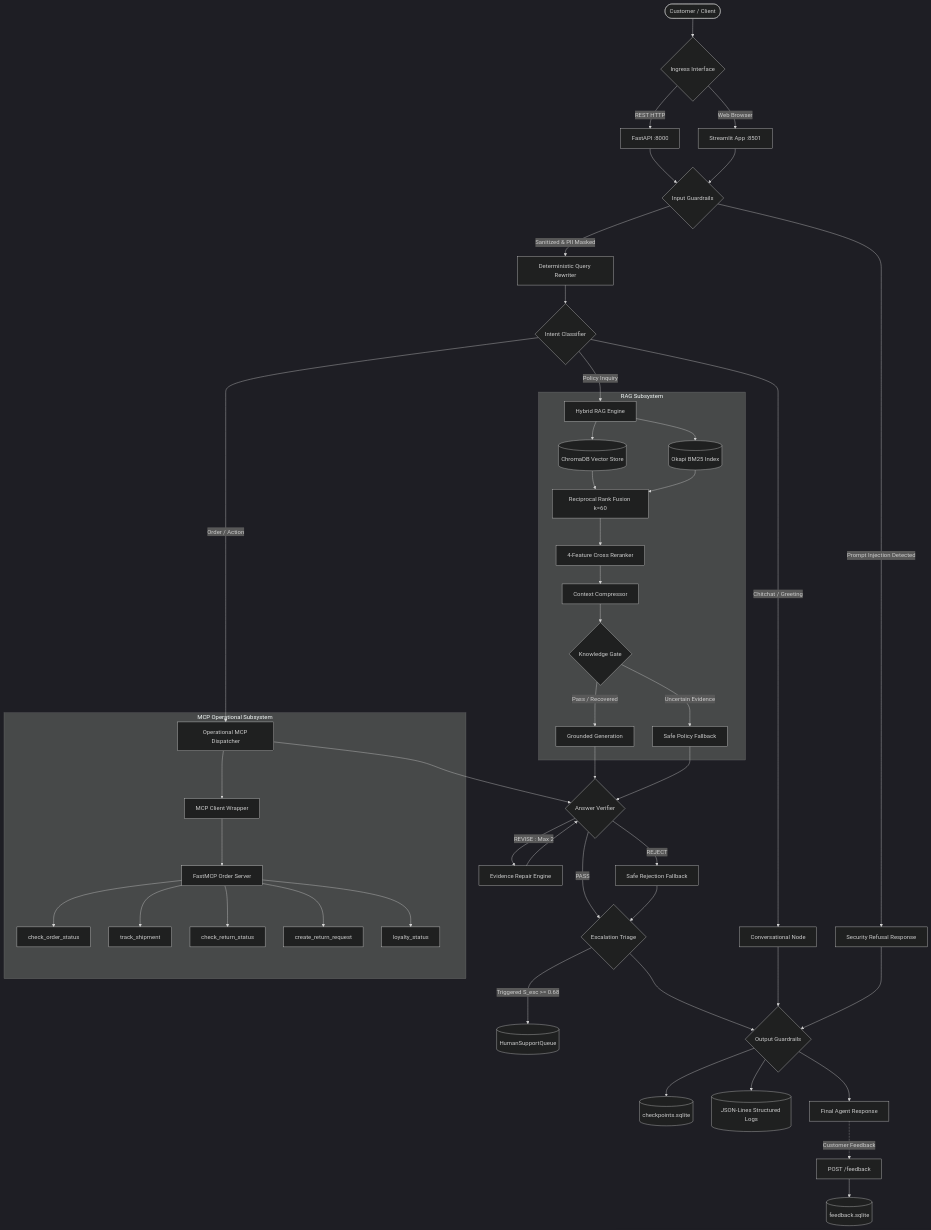
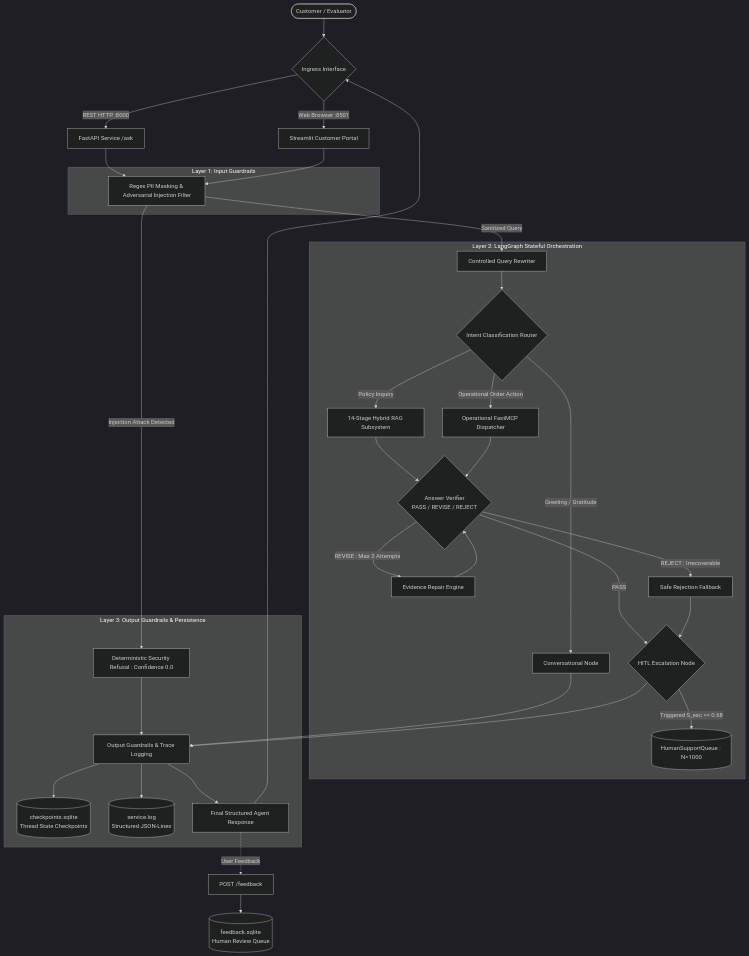
One commit to Garima09-work/E-commerce changed the first of 6 diagrams in README.md. Above: the diagram before and after it, drawn with Mermaid (dark theme). The commit also changed other lines of this file and 14 other files, not shown here.

````diff
--- a/README.md
+++ b/README.md
@@ -126,62 +84,48 @@
 ```mermaid
 flowchart TD
-    Client([Customer / Client]) --> Ingress{Ingress Interface}
-    Ingress -->|Web Browser| UI[Streamlit App :8501]
-    Ingress -->|REST HTTP| API[FastAPI :8000]
+    User([Customer / Evaluator]) --> Ingress{Ingress Interface}
+    Ingress -->|Web Browser :8501| StreamlitUI[Streamlit Customer Portal]
+    Ingress -->|REST HTTP :8000| FastAPIEndpoint[FastAPI Service /ask]
 
-    API --> GuardIn{Input Guardrails}
-    UI --> GuardIn
-
-    GuardIn -->|Prompt Injection Detected| Refusal[Security Refusal Response]
-    GuardIn -->|Sanitized & PII Masked| QR[Deterministic Query Rewriter]
-
-    QR --> Router{Intent Classifier}
-
-    Router -->|Chitchat / Greeting| ConvNode[Conversational Node]
-    Router -->|Policy Inquiry| RAGPipeline[Hybrid RAG Engine]
-    Router -->|Order / Action| MCPDispatch[Operational MCP Dispatcher]
-
-    subgraph RAG_Engine [RAG Subsystem]
-        RAGPipeline --> VDB[(ChromaDB Vector Store)]
-        RAGPipeline --> BM25[(Okapi BM25 Index)]
-        VDB --> RRF[Reciprocal Rank Fusion k=60]
-        BM25 --> RRF
-        RRF --> Rerank[4-Feature Cross Reranker]
-        Rerank --> Compress[Context Compressor]
-        Compress --> Gate{Knowledge Gate}
-        Gate -->|Pass / Recovered| Synth[Grounded Generation]
-        Gate -->|Uncertain Evidence| FallbackGen[Safe Policy Fallback]
+    subgraph Security_Ingress [Layer 1: Input Guardrails]
+        IG[Regex PII Masking & Adversarial Injection Filter]
     end
 
-    subgraph MCP_Ecosystem [MCP Operational Subsystem]
-        MCPDispatch --> MCPClient[MCP Client Wrapper]
-        MCPClient --> MCPServer[FastMCP Order Server]
-        MCPServer --> Tool1[check_order_status]
-        MCPServer --> Tool2[track_shipment]
-        MCPServer --> Tool3[check_return_status]
-        MCPServer --> Tool4[create_return_request]
-        MCPServer --> Tool5[loyalty_status]
+    FastAPIEndpoint --> IG
+    StreamlitUI --> IG
+
+    IG -->|Injection Attack Detected| SecRefusal[Deterministic Security Refusal : Confidence 0.0]
+    IG -->|Sanitized Query| QR[Controlled Query Rewriter]
+
+    subgraph LangGraph_Core [Layer 2: LangGraph Stateful Orchestration]
+        QR --> Router{Intent Classification Router}
+        Router -->|Greeting / Gratitude| ConvNode[Conversational Node]
+        Router -->|Policy Inquiry| PolicyEngine[14-Stage Hybrid RAG Subsystem]
+        Router -->|Operational Order Action| MCPEngine[Operational FastMCP Dispatcher]
+
+        PolicyEngine --> Verifier{Answer Verifier<br/>PASS / REVISE / REJECT}
+        MCPEngine --> Verifier
+
+        Verifier -->|PASS| EscNode{HITL Escalation Node}
+        Verifier -->|REVISE : Max 2 Attempts| RepairEngine[Evidence Repair Engine]
+        RepairEngine --> Verifier
+        Verifier -->|REJECT : Irrecoverable| SafeReject[Safe Rejection Fallback]
+        SafeReject --> EscNode
+
+        EscNode -->|Triggered S_esc >= 0.68| SupportQueue[(HumanSupportQueue : N=1000)]
     end
 
-    Synth --> Verifier{Answer Verifier}
-    FallbackGen --> Verifier
-    MCPDispatch --> Verifier
+    subgraph Security_Egress [Layer 3: Output Guardrails & Persistence]
+        ConvNode --> OG[Output Guardrails & Trace Logging]
+        SecRefusal --> OG
+        EscNode --> OG
 
-    Verifier -->|PASS| EscalationNode{Escalation Triage}
-    Verifier -->|REVISE : Max 2| RepairEngine[Evidence Repair Engine]
-    RepairEngine --> Verifier
-    Verifier -->|REJECT| SafeReject[Safe Rejection Fallback]
-    SafeReject --> EscalationNode
+        OG --> Checkpoints[(checkpoints.sqlite<br/>Thread State Checkpoints)]
+        OG --> Logs[(service.log<br/>Structured JSON-Lines)]
+        OG --> Response[Final Structured Agent Response]
+    end
 
-    EscalationNode -->|Triggered S_esc >= 0.68| SupportQueue[(HumanSupportQueue)]
-    EscalationNode --> GuardOut{Output Guardrails}
-    ConvNode --> GuardOut
-    Refusal --> GuardOut
-
-    GuardOut --> Checkpoint[(checkpoints.sqlite)]
-    GuardOut --> JSONLLog[(JSON-Lines Structured Logs)]
-    GuardOut --> Egress[Final Agent Response]
-
-    Egress -. Customer Feedback .-> FBEndpoint[POST /feedback]
-    FBEndpoint --> FBStore[(feedback.sqlite)]
+    Response --> Ingress
+    Response -. User Feedback .-> FeedbackEndpoint[POST /feedback]
+    FeedbackEndpoint --> FeedbackDB[(feedback.sqlite<br/>Human Review Queue)]
 ```
````
